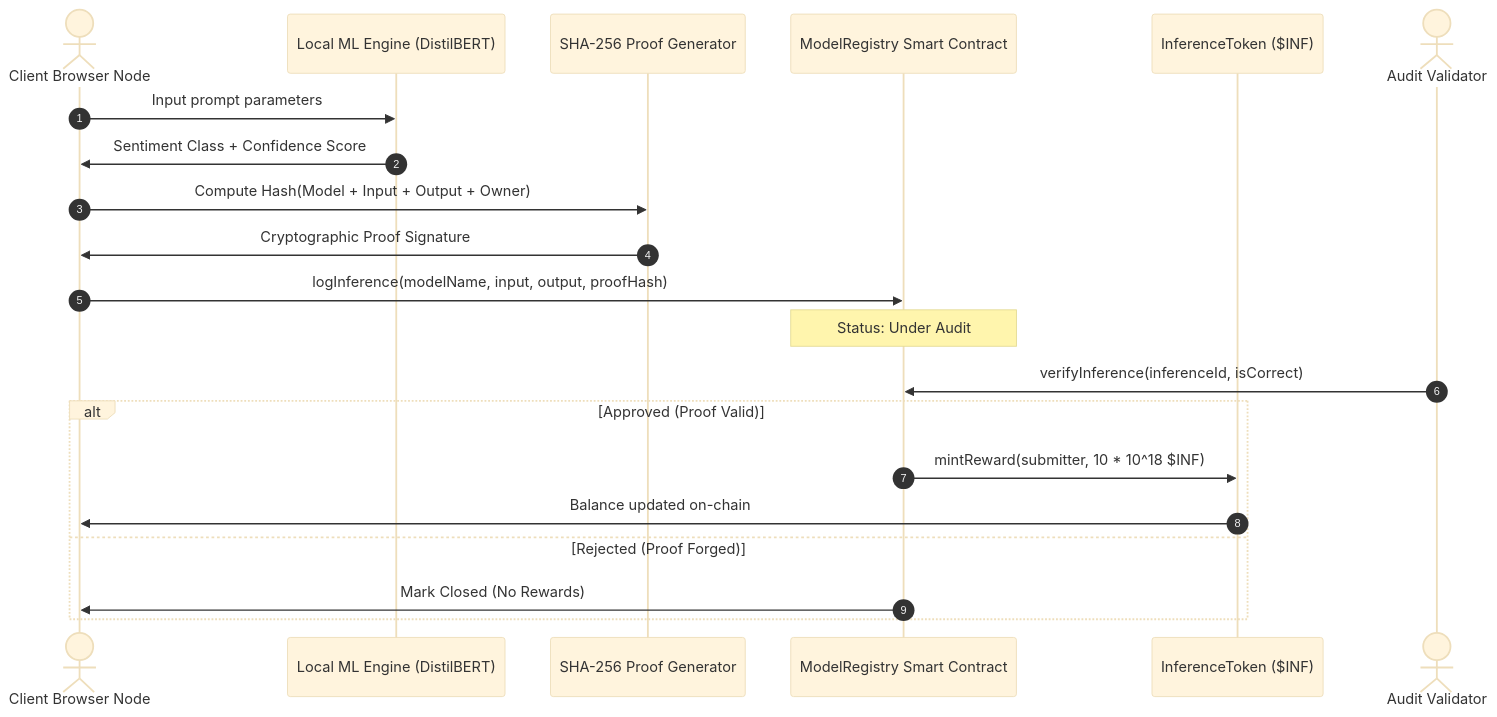
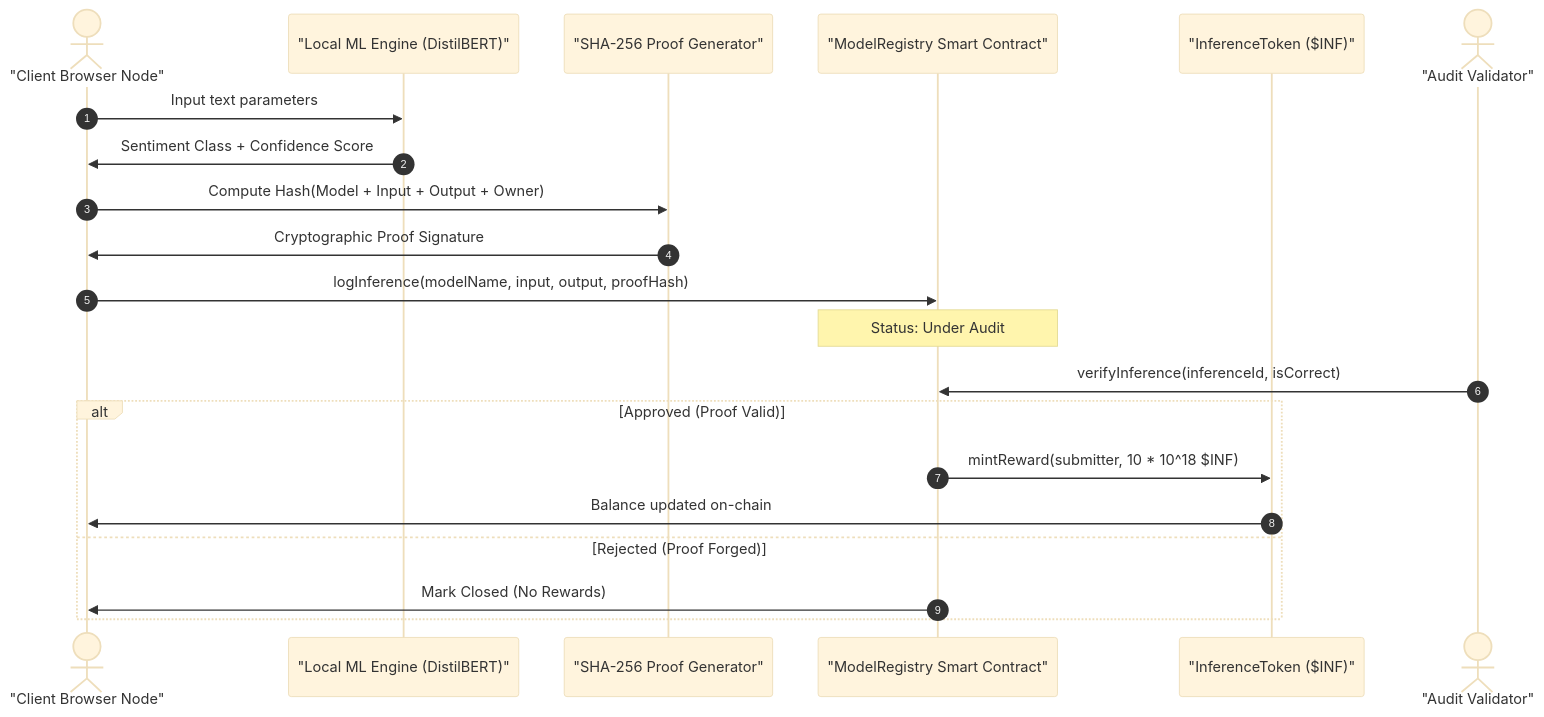
Before and after one commit to Suchit-007/povi-playground: the diagram in README.md, drawn with Mermaid (base theme). The commit also changed other lines of this file and 3 other files, not shown here.

````diff
--- a/README.md
+++ b/README.md
@@ -17,24 +33,24 @@
 ```mermaid
 sequenceDiagram
     autonumber
-    actor User as Client Browser Node
-    participant ML as Local ML Engine (DistilBERT)
-    participant Crypto as SHA-256 Proof Generator
-    participant Contract as ModelRegistry Smart Contract
-    participant Ledger as InferenceToken ($INF)
+    actor User as "Client Browser Node"
+    participant ML as "Local ML Engine (DistilBERT)"
+    participant Crypto as "SHA-256 Proof Generator"
+    participant Contract as "ModelRegistry Smart Contract"
+    participant Ledger as "InferenceToken ($INF)"
 
-    User->>ML: Input prompt parameters
+    User->>ML: Input text parameters
     ML->>User: Sentiment Class + Confidence Score
     User->>Crypto: Compute Hash(Model + Input + Output + Owner)
     Crypto->>User: Cryptographic Proof Signature
     User->>Contract: logInference(modelName, input, output, proofHash)
     Note over Contract: Status: Under Audit
-    actor Validator as Audit Validator
+    actor Validator as "Audit Validator"
     Validator->>Contract: verifyInference(inferenceId, isCorrect)
     alt Approved (Proof Valid)
         Contract->>Ledger: mintReward(submitter, 10 * 10^18 $INF)
         Ledger->>User: Balance updated on-chain
     else Rejected (Proof Forged)
         Contract->>User: Mark Closed (No Rewards)
     end
 ```
````
